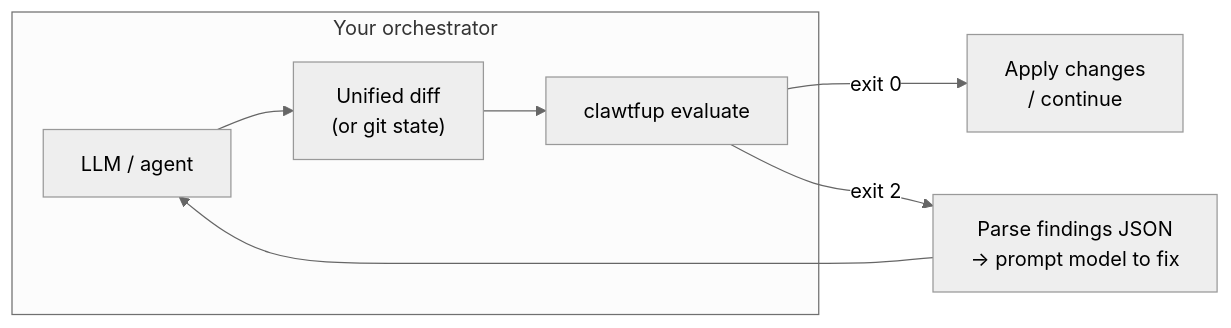
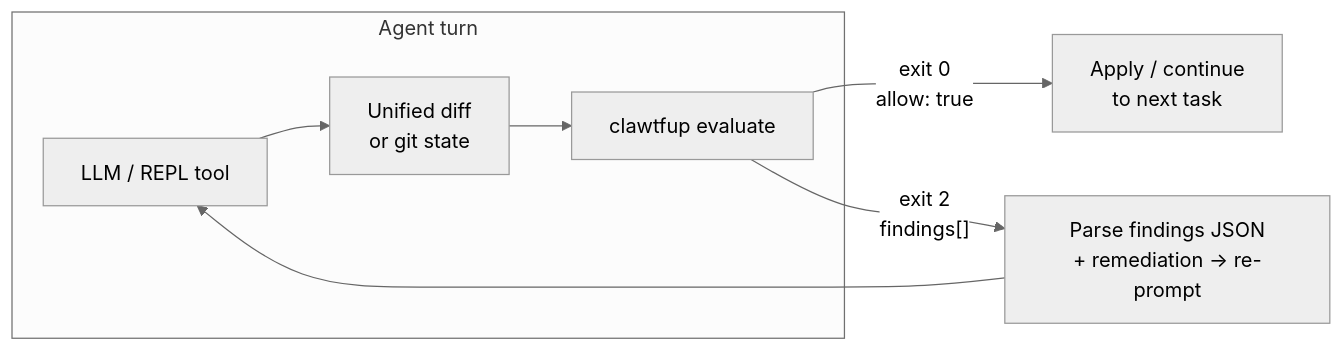
The diagram in README.md (egedursun/clawtfup), drawn with Mermaid (neutral theme) before and after one commit. The commit also changed other lines of this file, not shown here.

````diff
--- a/README.md
+++ b/README.md
@@ -82,13 +43,13 @@
 ```mermaid
 flowchart LR
-  subgraph hook["Your orchestrator"]
-    LLM["LLM / agent"]
-    Patch["Unified diff\n(or git state)"]
-    C["clawtfup evaluate"]
-    LLM --> Patch
-    Patch --> C
+  subgraph turn["Agent turn"]
+    LLM["LLM / REPL tool"]
+    Diff["Unified diff\nor git state"]
+    Gate["clawtfup evaluate"]
+    LLM --> Diff
+    Diff --> Gate
   end
-  C -->|exit 0| Ship["Apply changes\n/ continue"]
-  C -->|exit 2| Loop["Parse findings JSON\n→ prompt model to fix"]
-  Loop --> LLM
+  Gate -->|"exit 0\n allow: true"| Ship["Apply / continue\nto next task"]
+  Gate -->|"exit 2\n findings[]"| Fix["Parse findings JSON\n+ remediation → re-prompt"]
+  Fix --> LLM
 ```
````
